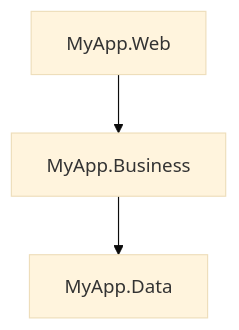
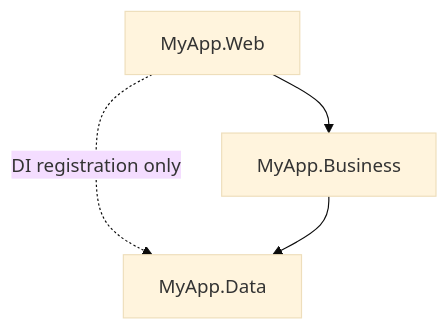
One commit to Webhooks-Ltd/dotnet-patterns changed the diagram in patterns/STR001 - n-tier.md. Above: the diagram before and after it, drawn with Mermaid (base theme). The commit also changed other lines of this file and 10 other files, not shown here.

````diff
--- a/patterns/STR001 - n-tier.md
+++ b/patterns/STR001 - n-tier.md
@@ -81,5 +98,6 @@
 ```mermaid
 graph TD
     Web[MyApp.Web] --> Business[MyApp.Business]
-    Business --> Data[MyApp.Data]
+    Web -.->|DI registration only| Data[MyApp.Data]
+    Business --> Data
 ```
````
